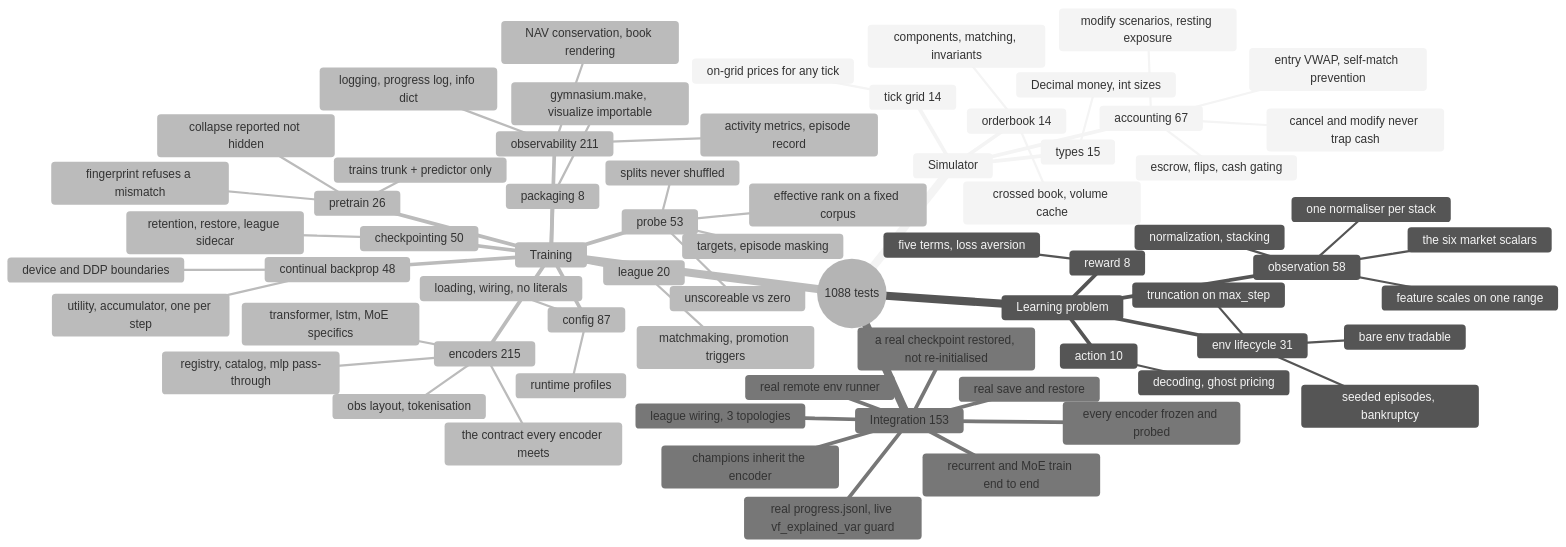
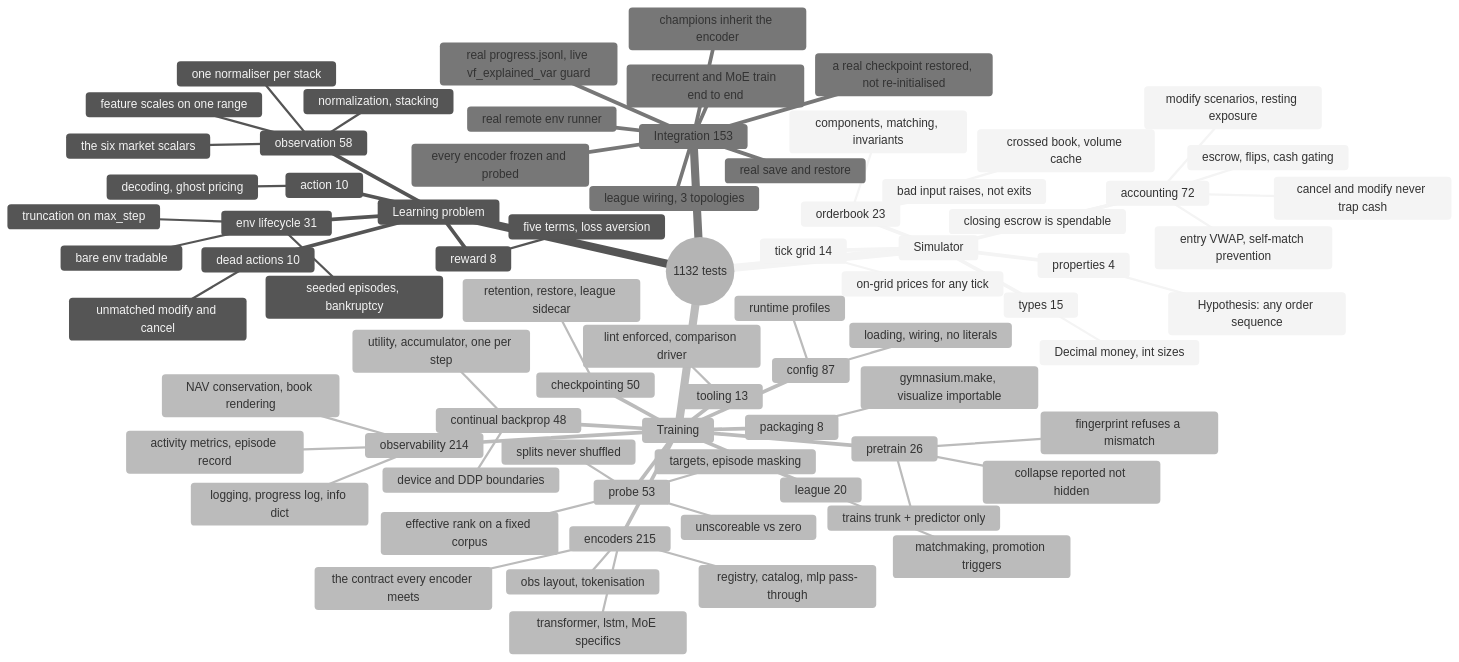
The diagram in doc/10_testing.md (ChuaCheowHuan/gym-continuousDoubleAuction), drawn with Mermaid (neutral theme) before and after one commit. The commit also changed other lines of this file and 59 other files, not shown here.

````diff
--- a/doc/10_testing.md
+++ b/doc/10_testing.md
@@ -121,71 +125,79 @@
 ```mermaid
 mindmap
-  root((1088 tests))
+  root((1132 tests))
     Simulator
-      orderbook 14
+      orderbook 23
         components, matching, invariants
         crossed book, volume cache
-      accounting 67
+        bad input raises, not exits
+      properties 4
+        Hypothesis: any order sequence
+      accounting 72
         escrow, flips, cash gating
         cancel and modify never trap cash
+        closing escrow is spendable
         modify scenarios, resting exposure
         entry VWAP, self-match prevention
       types 15
         Decimal money, int sizes
       tick grid 14
         on-grid prices for any tick
     Learning problem
       observation 58
         normalization, stacking
         one normaliser per stack
         the six market scalars
         feature scales on one range
       action 10
         decoding, ghost pricing
       reward 8
         five terms, loss aversion
+      dead actions 10
+        unmatched modify and cancel
       env lifecycle 31
         bare env tradable
         truncation on max_step
         seeded episodes, bankruptcy
     Training
       config 87
         loading, wiring, no literals
         runtime profiles
       checkpointing 50
         retention, restore, league sidecar
       league 20
         matchmaking, promotion triggers
       encoders 215
         registry, catalog, mlp pass-through
         obs layout, tokenisation
         the contract every encoder meets
         transformer, lstm, MoE specifics
-      observability 211
+      tooling 13
+        lint enforced, comparison driver
+      observability 214
         logging, progress log, info dict
         activity metrics, episode record
         NAV conservation, book rendering
       probe 53
         targets, episode masking
         splits never shuffled
         unscoreable vs zero
         effective rank on a fixed corpus
       pretrain 26
         trains trunk + predictor only
         collapse reported not hidden
         fingerprint refuses a mismatch
       continual backprop 48
         utility, accumulator, one per step
         device and DDP boundaries
       packaging 8
         gymnasium.make, visualize importable
     Integration 153
       league wiring, 3 topologies
       real save and restore
       real progress.jsonl, live vf_explained_var guard
       real remote env runner
       champions inherit the encoder
       recurrent and MoE train end to end
       every encoder frozen and probed
       a real checkpoint restored, not re-initialised
 ```
````
